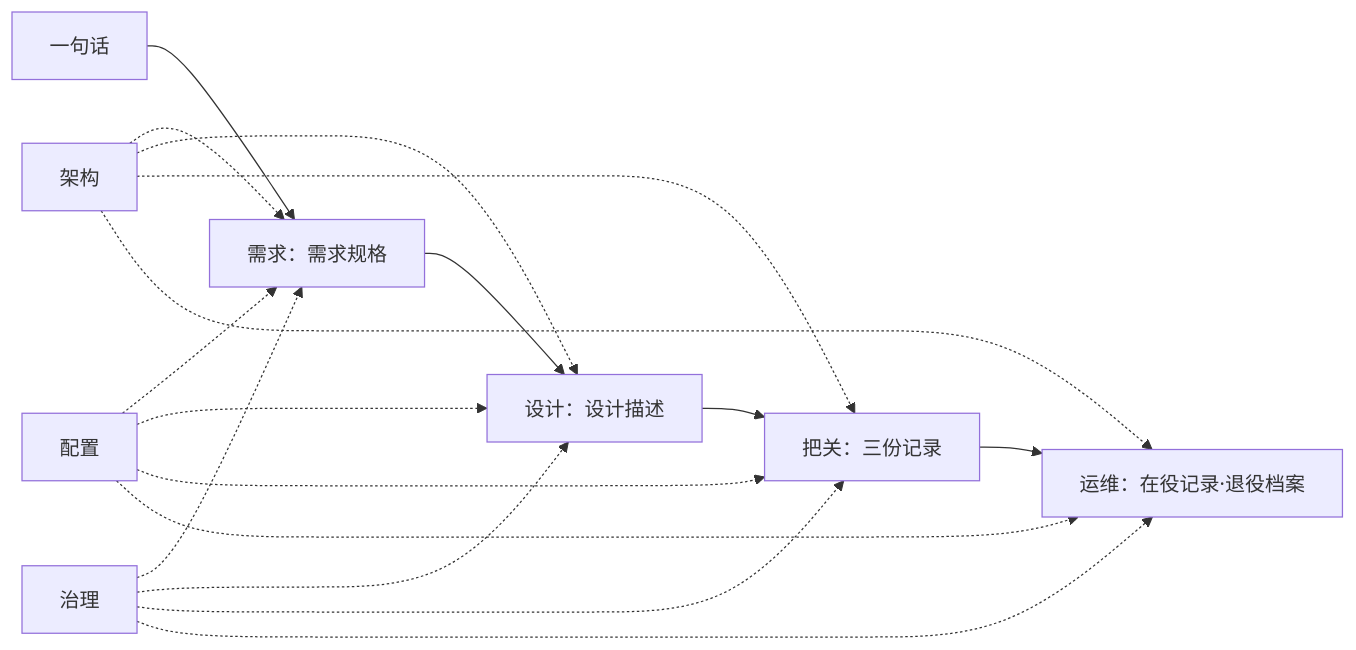
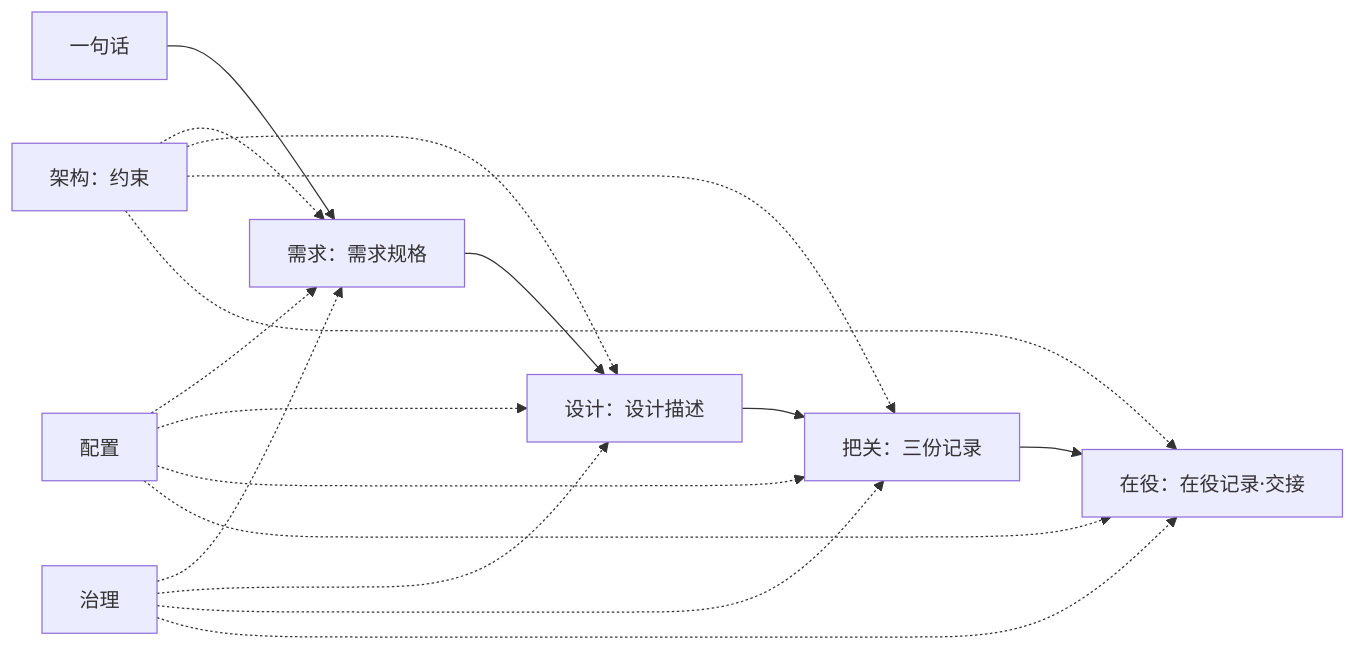
The diagram in 10-系统工程研究/03-架构师是个怎样的物种/17-第17章-一路贯通-从需求到上线运行.md (Yongjunzhou/business-Engineering), drawn with Mermaid before and after one commit. The commit also changed other lines of this file and 13 other files, not shown here.

````diff
--- a/10-系统工程研究/03-架构师是个怎样的物种/17-第17章-一路贯通-从需求到上线运行.md
+++ b/10-系统工程研究/03-架构师是个怎样的物种/17-第17章-一路贯通-从需求到上线运行.md
@@ -419,16 +441,16 @@
 ```mermaid
 flowchart LR
-  W["一句话"] --> Q["需求：需求规格"] --> D["设计：设计描述"] --> V["把关：三份记录"] --> O["运维：在役记录·退役档案"]
-  AR["架构"] -.-> Q
+  W["一句话"] --> Q["需求：需求规格"] --> D["设计：设计描述"] --> V["把关：三份记录"] --> O["在役：在役记录·交接"]
+  AR["架构：约束"] -.-> Q
   AR -.-> D
   AR -.-> V
   AR -.-> O
   CF["配置"] -.-> Q
   CF -.-> D
   CF -.-> V
   CF -.-> O
   GV["治理"] -.-> Q
   GV -.-> D
   GV -.-> V
   GV -.-> O
 ```
````
